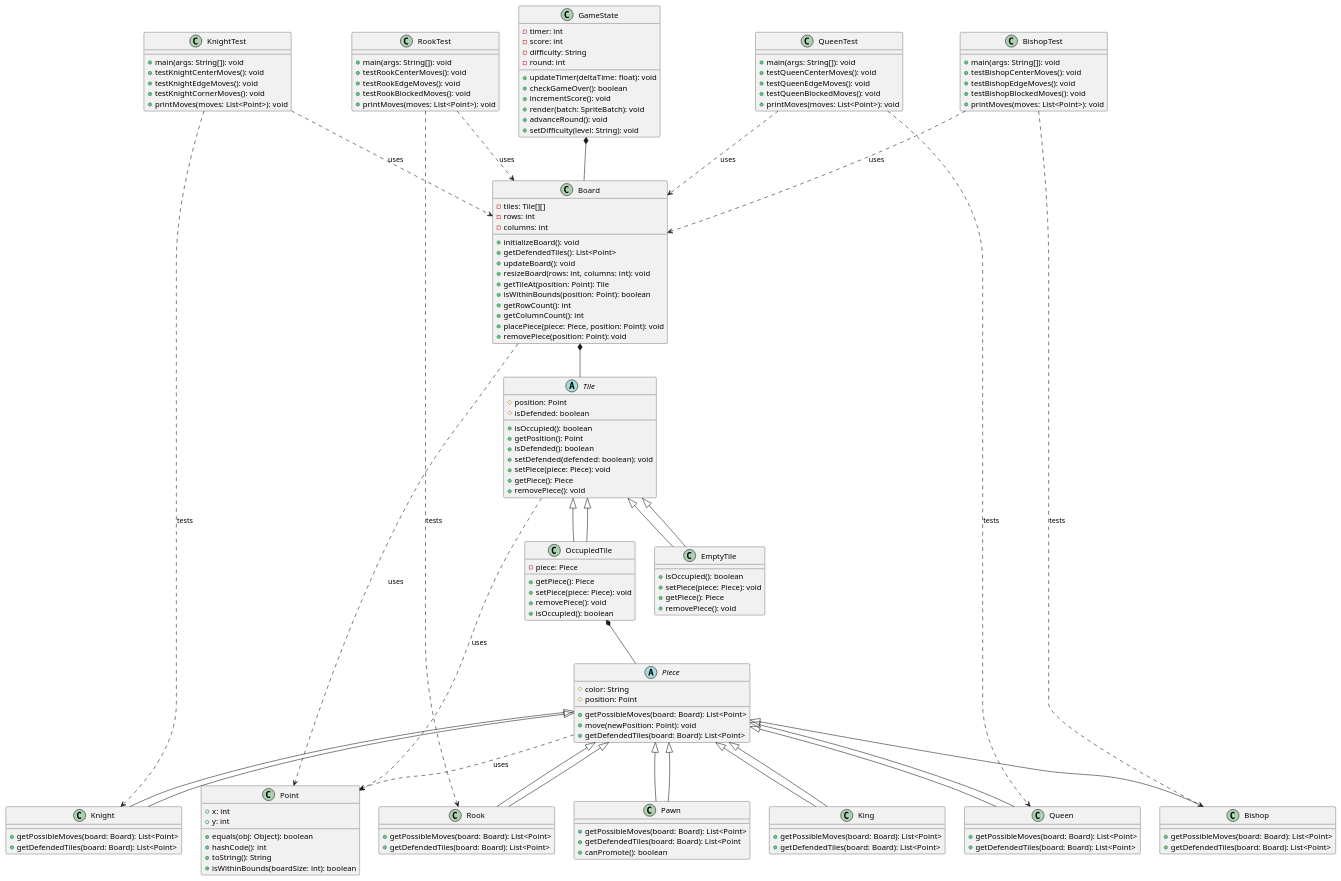
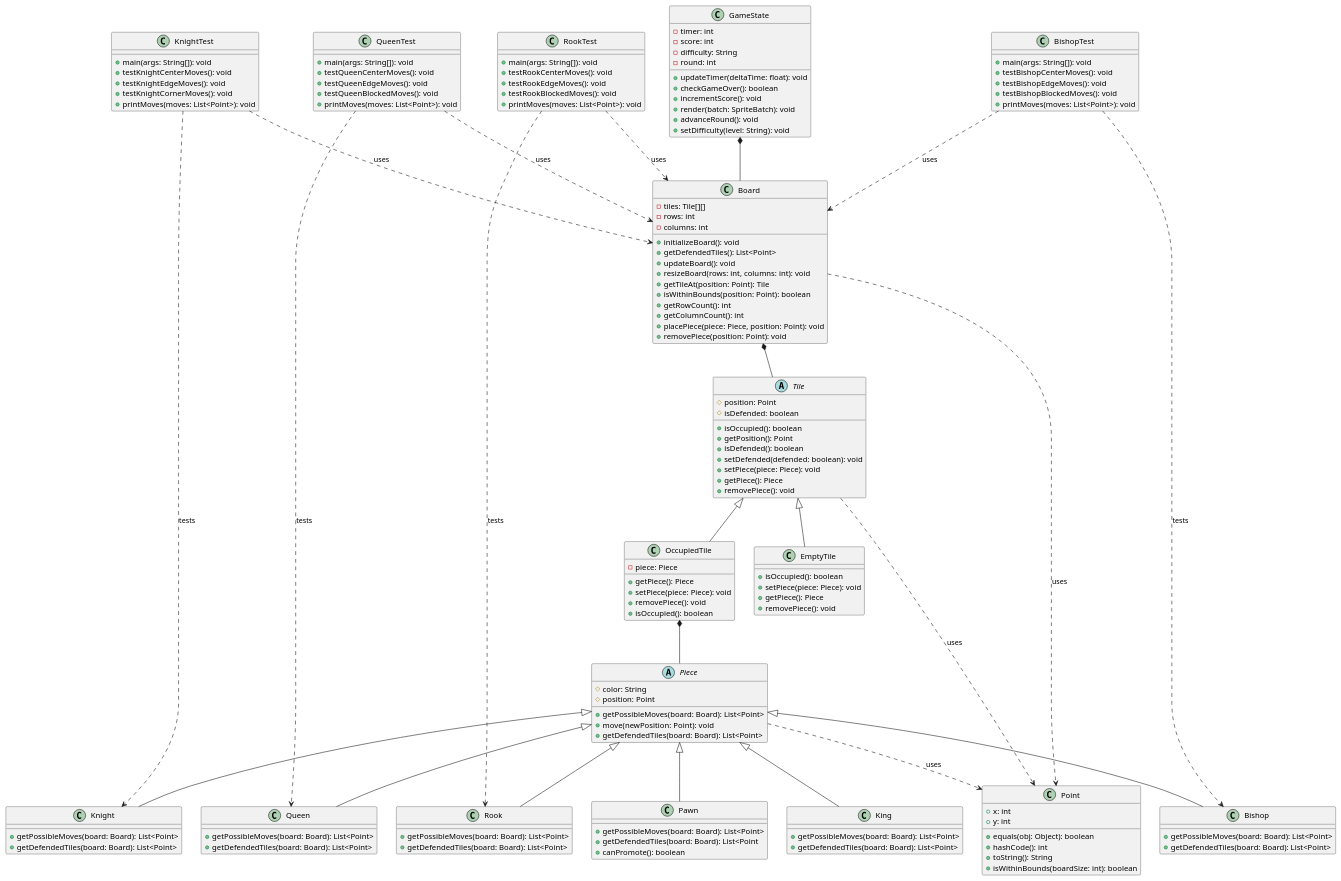
Before and after one commit to TerminalGambit/PCOO-projetfinal: the diagram in UML/SaveTheKing.puml, drawn with PlantUML.

```diff
--- a/UML/SaveTheKing.puml
+++ b/UML/SaveTheKing.puml
@@ -1,164 +1,159 @@
 @startuml
 
 class Point {
     +x: int
     +y: int
     +equals(obj: Object): boolean
     +hashCode(): int
     +toString(): String
     +isWithinBounds(boardSize: int): boolean
 }
 
 abstract class Tile {
     #position: Point
     #isDefended: boolean
     +isOccupied(): boolean
     +getPosition(): Point
     +isDefended(): boolean
     +setDefended(defended: boolean): void
     +setPiece(piece: Piece): void
     +getPiece(): Piece
     +removePiece(): void
 }
 
 class EmptyTile extends Tile {
     +isOccupied(): boolean
     +setPiece(piece: Piece): void
     +getPiece(): Piece
     +removePiece(): void
 }
 
 class OccupiedTile extends Tile {
     -piece: Piece
     +getPiece(): Piece
     +setPiece(piece: Piece): void
     +removePiece(): void
     +isOccupied(): boolean
 }
 
 abstract class Piece {
     #color: String
     #position: Point
     +getPossibleMoves(board: Board): List<Point>
     +move(newPosition: Point): void
     +getDefendedTiles(board: Board): List<Point>
 }
 
 class King extends Piece {
     +getPossibleMoves(board: Board): List<Point>
     +getDefendedTiles(board: Board): List<Point>
 }
 
 class Knight extends Piece {
     +getPossibleMoves(board: Board): List<Point>
     +getDefendedTiles(board: Board): List<Point>
 }
 
 class Bishop extends Piece {
     +getPossibleMoves(board: Board): List<Point>
     +getDefendedTiles(board: Board): List<Point>
 }
 
 class Rook extends Piece {
     +getPossibleMoves(board: Board): List<Point>
     +getDefendedTiles(board: Board): List<Point>
 }
 
 class Queen extends Piece {
     +getPossibleMoves(board: Board): List<Point>
     +getDefendedTiles(board: Board): List<Point>
 }
 
 class Pawn extends Piece {
     +getPossibleMoves(board: Board): List<Point>
     +getDefendedTiles(board: Board): List<Point
     +canPromote(): boolean
 }
 
 class Board {
     -tiles: Tile[][]
     -rows: int
     -columns: int
     +initializeBoard(): void
     +getDefendedTiles(): List<Point>
     +updateBoard(): void
     +resizeBoard(rows: int, columns: int): void
     +getTileAt(position: Point): Tile
     +isWithinBounds(position: Point): boolean
     +getRowCount(): int
     +getColumnCount(): int
     +placePiece(piece: Piece, position: Point): void
     +removePiece(position: Point): void
 }
 
 class GameState {
     -timer: int
     -score: int
     -difficulty: String
     -round: int
     +updateTimer(deltaTime: float): void
     +checkGameOver(): boolean
     +incrementScore(): void
     +render(batch: SpriteBatch): void
     +advanceRound(): void
     +setDifficulty(level: String): void
 }
 
 class KnightTest {
     +main(args: String[]): void
     +testKnightCenterMoves(): void
     +testKnightEdgeMoves(): void
     +testKnightCornerMoves(): void
     +printMoves(moves: List<Point>): void
 }
 
 class RookTest {
     +main(args: String[]): void
     +testRookCenterMoves(): void
     +testRookEdgeMoves(): void
     +testRookBlockedMoves(): void
     +printMoves(moves: List<Point>): void
 }
 
 class BishopTest {
     +main(args: String[]): void
     +testBishopCenterMoves(): void
     +testBishopEdgeMoves(): void
     +testBishopBlockedMoves(): void
     +printMoves(moves: List<Point>): void
 }
 
 class QueenTest {
     +main(args: String[]): void
     +testQueenCenterMoves(): void
     +testQueenEdgeMoves(): void
     +testQueenBlockedMoves(): void
     +printMoves(moves: List<Point>): void
 }
 
-Tile <|-- EmptyTile
-Tile <|-- OccupiedTile
+
 OccupiedTile *-- Piece
 
-Piece <|-- King
-Piece <|-- Knight
-Piece <|-- Rook
-Piece <|-- Queen
-Piece <|-- Pawn
+
 
 Board *-- Tile
 GameState *-- Board
 KnightTest ..> Knight : tests
 KnightTest ..> Board : uses
 RookTest ..> Rook : tests
 RookTest ..> Board : uses
 BishopTest ..> Bishop : tests
 BishopTest ..> Board : uses
 QueenTest ..> Queen : tests
 QueenTest ..> Board : uses
 
 Tile ..> Point : uses
 Piece ..> Point : uses
 Board ..> Point : uses
 
 @enduml
```
